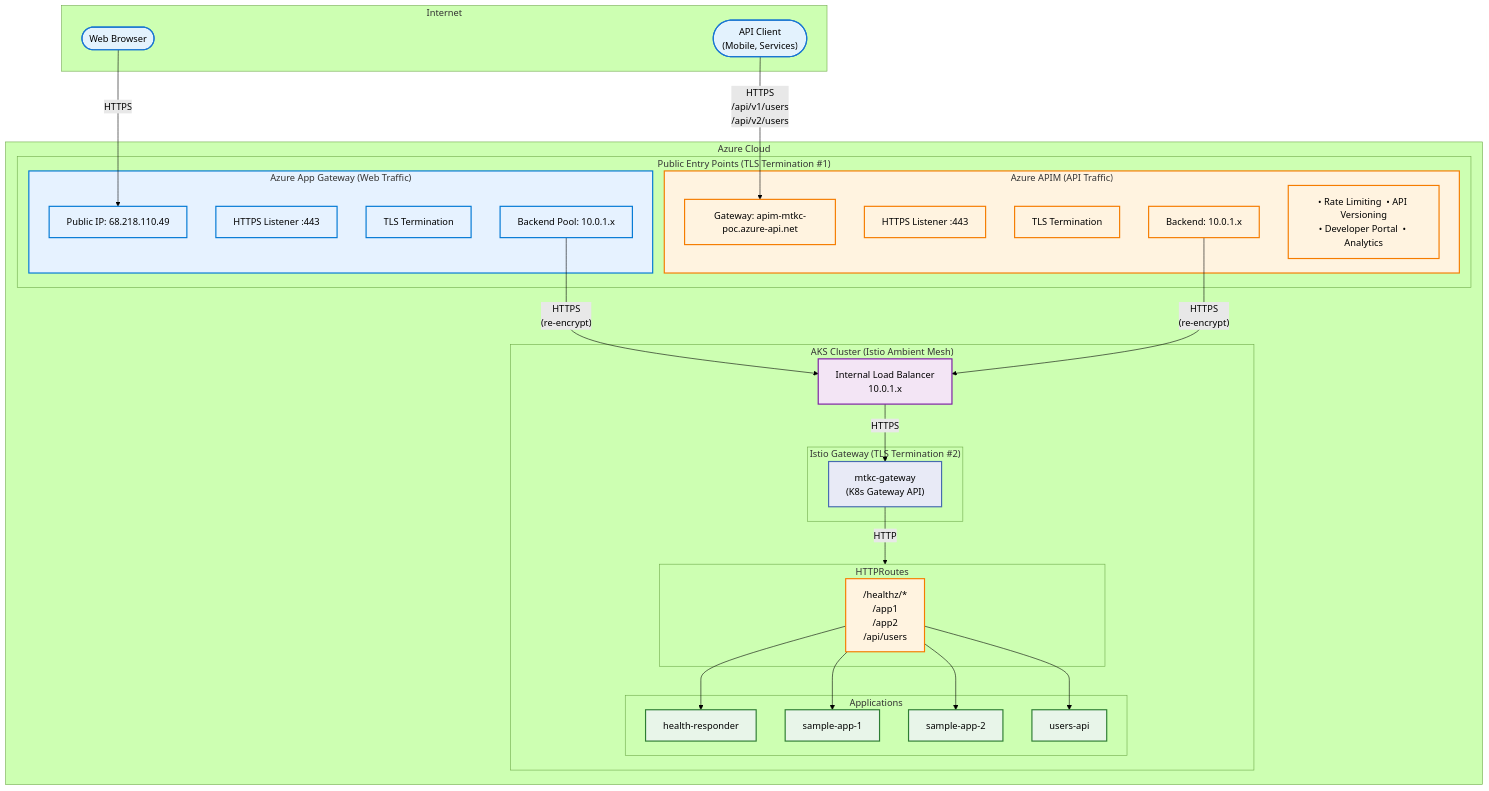
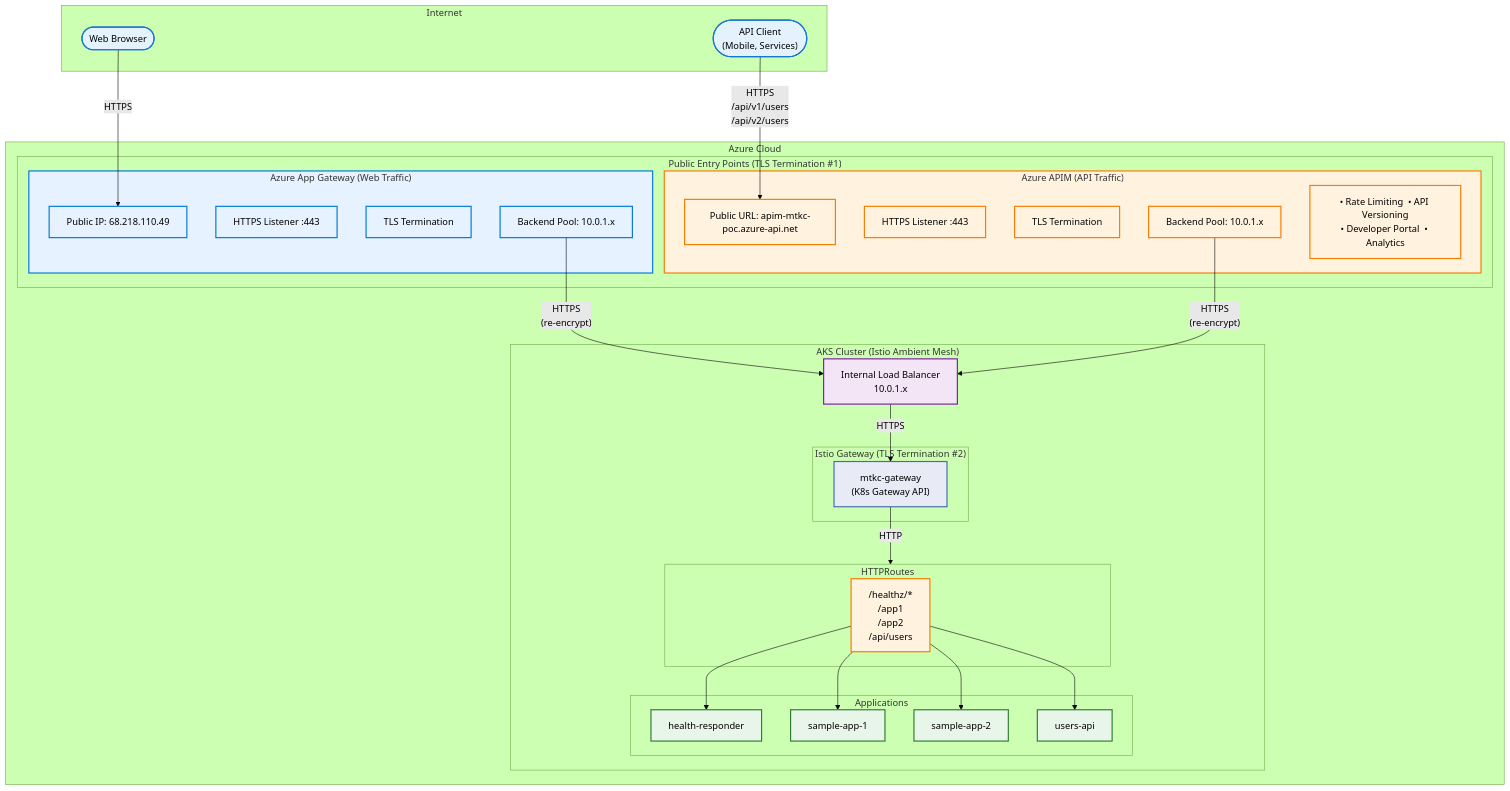
One commit to shanaka-versent/AKS-Istio-GatewayAPI-Demo changed the first of 9 diagrams in README.md. Above: the diagram before and after it, drawn with Mermaid (forest theme).

Commit message:
Fix APIM labels in architecture diagram for clarity
- Changed "Gateway" to "Public URL" to match App Gateway's "Public IP" concept
- Changed "Backend" to "Backend Pool" for consistency with App Gateway

````diff
--- a/README.md
+++ b/README.md
@@ -82,73 +82,73 @@
 ```mermaid
 flowchart TB
     subgraph Internet["Internet"]
         WebClient(["Web Browser"])
         APIClient(["API Client<br/>(Mobile, Services)"])
     end
 
     subgraph Azure["Azure Cloud"]
         subgraph PublicEntry["Public Entry Points (TLS Termination #1)"]
             subgraph AppGWBox["Azure App Gateway (Web Traffic)"]
                 AppGW_IP["Public IP: 68.218.110.49"]
                 AppGW_Listener["HTTPS Listener :443"]
                 AppGW_TLS["TLS Termination"]
                 AppGW_Backend["Backend Pool: 10.0.1.x"]
             end
             subgraph APIMBox["Azure APIM (API Traffic)"]
-                APIM_URL["Gateway: apim-mtkc-poc.azure-api.net"]
+                APIM_URL["Public URL: apim-mtkc-poc.azure-api.net"]
                 APIM_Listener["HTTPS Listener :443"]
                 APIM_TLS["TLS Termination"]
-                APIM_Backend["Backend: 10.0.1.x"]
+                APIM_Backend["Backend Pool: 10.0.1.x"]
                 APIM_Features["• Rate Limiting  • API Versioning<br/>• Developer Portal  • Analytics"]
             end
         end
 
         subgraph AKS["AKS Cluster (Istio Ambient Mesh)"]
             ILB["Internal Load Balancer<br/>10.0.1.x"]
 
             subgraph Gateway["Istio Gateway (TLS Termination #2)"]
                 GW["mtkc-gateway<br/>(K8s Gateway API)"]
             end
 
             subgraph Routes["HTTPRoutes"]
                 AllRoutes["/healthz/*<br/>/app1<br/>/app2<br/>/api/users"]
             end
 
             subgraph Apps["Applications"]
                 HealthApp["health-responder"]
                 WebApp1["sample-app-1"]
                 WebApp2["sample-app-2"]
                 UsersAPI["users-api"]
             end
         end
     end
 
     WebClient -->|"HTTPS"| AppGW_IP
     APIClient -->|"HTTPS<br/>/api/v1/users<br/>/api/v2/users"| APIM_URL
 
     AppGW_Backend -->|"HTTPS<br/>(re-encrypt)"| ILB
     APIM_Backend -->|"HTTPS<br/>(re-encrypt)"| ILB
 
     ILB -->|"HTTPS"| GW
     GW -->|"HTTP"| Routes
     AllRoutes --> HealthApp
     AllRoutes --> WebApp1
     AllRoutes --> WebApp2
     AllRoutes --> UsersAPI
 
     classDef internet fill:#e3f2fd,stroke:#1976d2,stroke-width:2px
     classDef appgw fill:#e6f2ff,stroke:#0078d4,stroke-width:2px
     classDef apim fill:#fff3e0,stroke:#f57c00,stroke-width:2px
     classDef ilb fill:#f3e5f5,stroke:#7b1fa2,stroke-width:2px
     classDef gateway fill:#e8eaf6,stroke:#466bb0,stroke-width:2px
     classDef routes fill:#fff3e0,stroke:#f57c00,stroke-width:2px
     classDef apps fill:#e8f5e9,stroke:#2e7d32,stroke-width:2px
 
     class WebClient,APIClient internet
     class AppGWBox,AppGW_IP,AppGW_Listener,AppGW_TLS,AppGW_Backend appgw
     class APIMBox,APIM_URL,APIM_Listener,APIM_TLS,APIM_Backend,APIM_Features apim
     class ILB ilb
     class GW gateway
     class AllRoutes routes
     class HealthApp,WebApp1,WebApp2,UsersAPI apps
 ```
````
